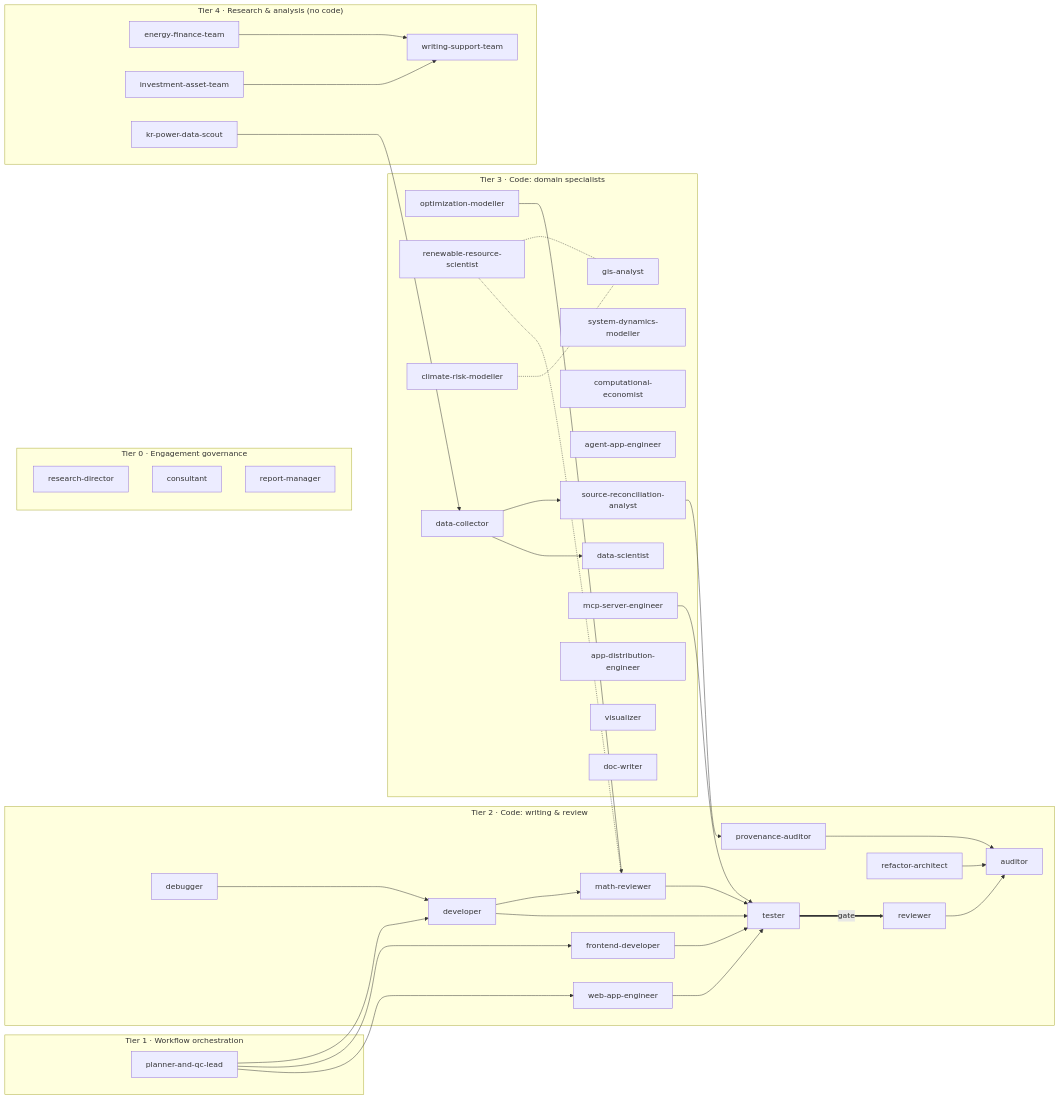
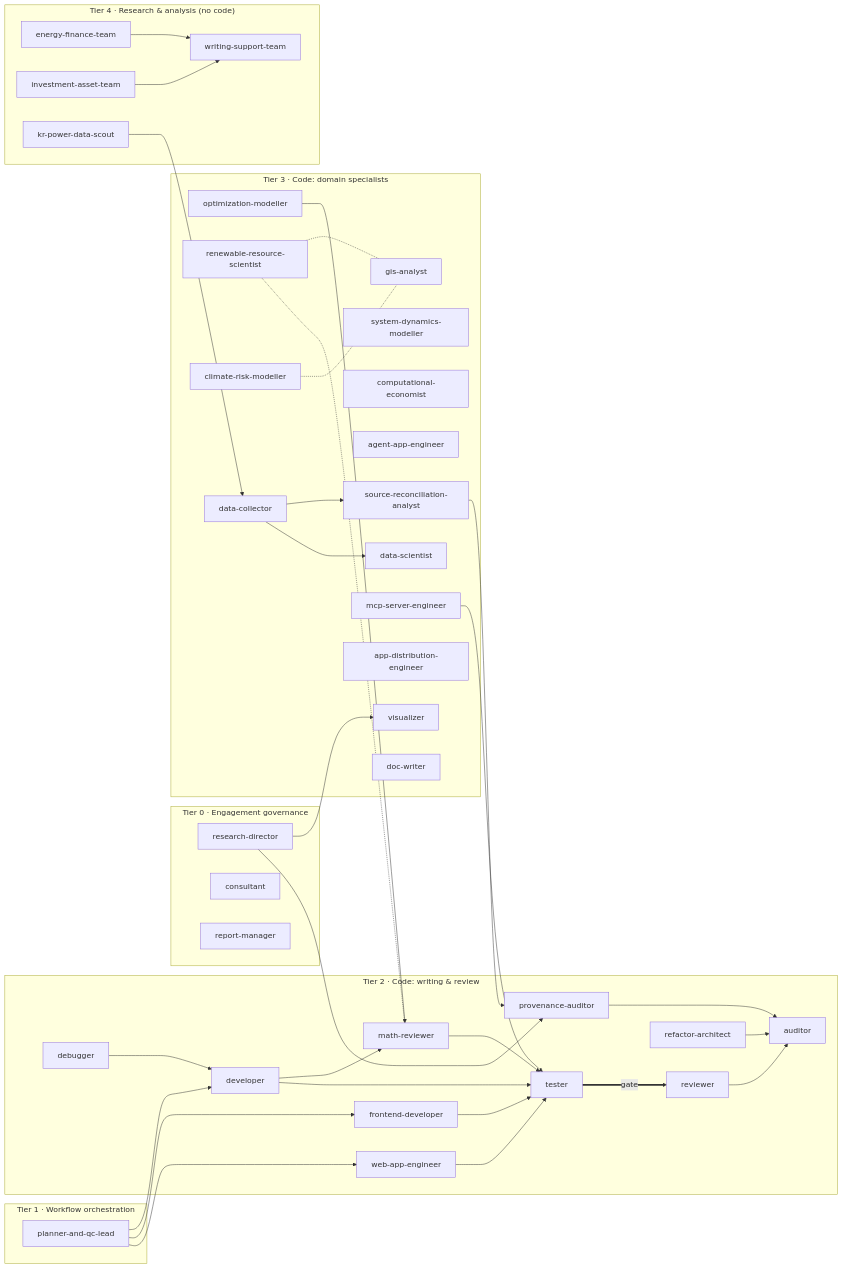
The first of 2 diagrams in agents/ONTOLOGY.md (iam-hongsanghyun/claude-agents), drawn with Mermaid before and after one commit. The commit also changed other lines of this file and 7 other files, not shown here.

````diff
--- a/agents/ONTOLOGY.md
+++ b/agents/ONTOLOGY.md
@@ -35,69 +35,71 @@
 ```mermaid
 flowchart LR
   subgraph T0["Tier 0 &middot; Engagement governance"]
     research_director["research-director"]
     consultant["consultant"]
     report_manager["report-manager"]
   end
   subgraph T1["Tier 1 &middot; Workflow orchestration"]
     planner_and_qc_lead["planner-and-qc-lead"]
   end
   subgraph T2["Tier 2 &middot; Code: writing & review"]
     developer["developer"]
     frontend_developer["frontend-developer"]
     web_app_engineer["web-app-engineer"]
     tester["tester"]
     reviewer["reviewer"]
     math_reviewer["math-reviewer"]
     auditor["auditor"]
     provenance_auditor["provenance-auditor"]
     refactor_architect["refactor-architect"]
     debugger["debugger"]
   end
   subgraph T3["Tier 3 &middot; Code: domain specialists"]
     data_scientist["data-scientist"]
     optimization_modeller["optimization-modeller"]
     system_dynamics_modeller["system-dynamics-modeller"]
     computational_economist["computational-economist"]
     renewable_resource_scientist["renewable-resource-scientist"]
     climate_risk_modeller["climate-risk-modeller"]
     agent_app_engineer["agent-app-engineer"]
     gis_analyst["gis-analyst"]
     data_collector["data-collector"]
     source_reconciliation_analyst["source-reconciliation-analyst"]
     mcp_server_engineer["mcp-server-engineer"]
     app_distribution_engineer["app-distribution-engineer"]
     visualizer["visualizer"]
     doc_writer["doc-writer"]
   end
   subgraph T4["Tier 4 &middot; Research & analysis (no code)"]
     energy_finance_team["energy-finance-team"]
     investment_asset_team["investment-asset-team"]
     kr_power_data_scout["kr-power-data-scout"]
     writing_support_team["writing-support-team"]
   end
+  research_director --> visualizer
+  research_director --> provenance_auditor
   planner_and_qc_lead --> developer
   planner_and_qc_lead --> frontend_developer
   planner_and_qc_lead --> web_app_engineer
   developer --> math_reviewer
   optimization_modeller --> math_reviewer
   math_reviewer --> tester
   developer --> tester
   frontend_developer --> tester
   web_app_engineer --> tester
   mcp_server_engineer --> tester
   tester ==>|gate| reviewer
   reviewer --> auditor
   debugger --> developer
   refactor_architect --> auditor
   renewable_resource_scientist -.- gis_analyst
   renewable_resource_scientist -.- math_reviewer
   climate_risk_modeller -.- gis_analyst
   kr_power_data_scout --> data_collector
   data_collector --> source_reconciliation_analyst
   data_collector --> data_scientist
   source_reconciliation_analyst --> provenance_auditor
   provenance_auditor --> auditor
   energy_finance_team --> writing_support_team
   investment_asset_team --> writing_support_team
 ```
````
